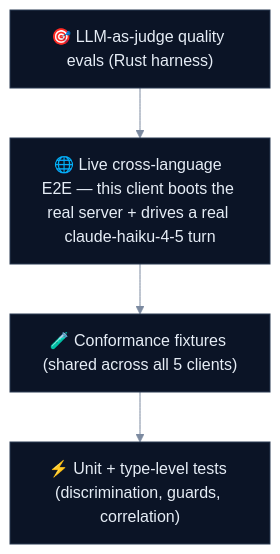
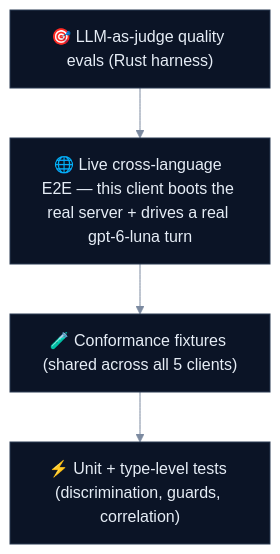
Before and after one commit to SmooAI/smooth-operator: the third of 3 diagrams in typescript/README.md, drawn with Mermaid. The commit also changed other lines of this file and 68 other files, not shown here.

````diff
--- a/typescript/README.md
+++ b/typescript/README.md
@@ -165,9 +165,9 @@
 ```mermaid
 %%{init: {'theme':'base','themeVariables':{'background':'#020618','primaryColor':'#0b1426','primaryTextColor':'#e6edf6','primaryBorderColor':'#2b3a52','lineColor':'#7c8aa0','secondaryColor':'#0b1426','tertiaryColor':'#0b1426','fontFamily':'ui-sans-serif, system-ui, sans-serif','clusterBkg':'#0b1426','clusterBorder':'#22304a'}}}%%
 flowchart TD
   J["🎯 LLM-as-judge quality evals (Rust harness)"]
-  E["🌐 Live cross-language E2E — this client boots the real server + drives a real claude-haiku-4-5 turn"]
+  E["🌐 Live cross-language E2E — this client boots the real server + drives a real gpt-6-luna turn"]
   C["🧪 Conformance fixtures (shared across all 5 clients)"]
   U["⚡ Unit + type-level tests (discrimination, guards, correlation)"]
   J --> E --> C --> U
 ```
````
